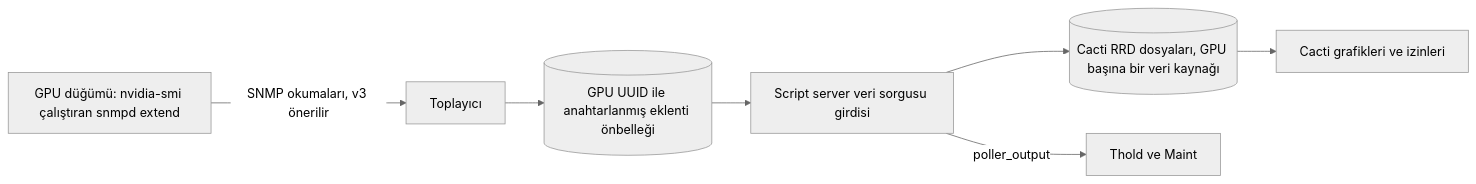
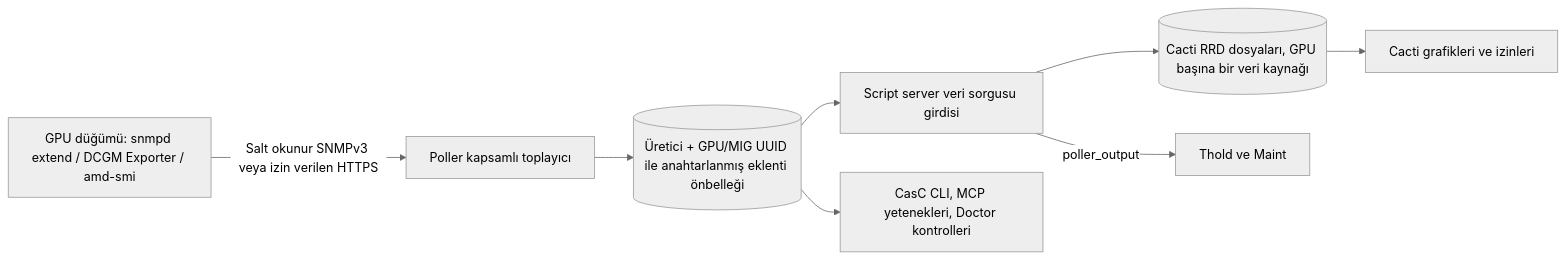
Before and after one commit to somethingwithproof/plugin_gpu: the diagram in docs/i18n/tr-TR/README.md, drawn with Mermaid (neutral theme). The commit also changed other lines of this file and 47 other files, not shown here.

````diff
--- a/docs/i18n/tr-TR/README.md
+++ b/docs/i18n/tr-TR/README.md
@@ -106,9 +106,10 @@
 ```mermaid
 flowchart LR
-    NODE[GPU düğümü: nvidia-smi çalıştıran snmpd extend] -->|SNMP okumaları, v3 önerilir| C[Toplayıcı]
-    C --> CACHE[(GPU UUID ile anahtarlanmış eklenti önbelleği)]
-    CACHE --> SS[Script server veri sorgusu girdisi]
-    SS --> RRD[(Cacti RRD dosyaları, GPU başına bir veri kaynağı)]
-    SS -->|poller_output| T[Thold ve Maint]
-    RRD --> G[Cacti grafikleri ve izinleri]
+    NODE["GPU düğümü: snmpd extend / DCGM Exporter / amd-smi"] -->|"Salt okunur SNMPv3 veya izin verilen HTTPS"| C["Poller kapsamlı toplayıcı"]
+    C --> CACHE[("Üretici + GPU/MIG UUID ile anahtarlanmış eklenti önbelleği")]
+    CACHE --> SS["Script server veri sorgusu girdisi"]
+    CACHE --> ECO["CasC CLI, MCP yetenekleri, Doctor kontrolleri"]
+    SS --> RRD[("Cacti RRD dosyaları, GPU başına bir veri kaynağı")]
+    SS -->|poller_output| T["Thold ve Maint"]
+    RRD --> G["Cacti grafikleri ve izinleri"]
 ```
````
